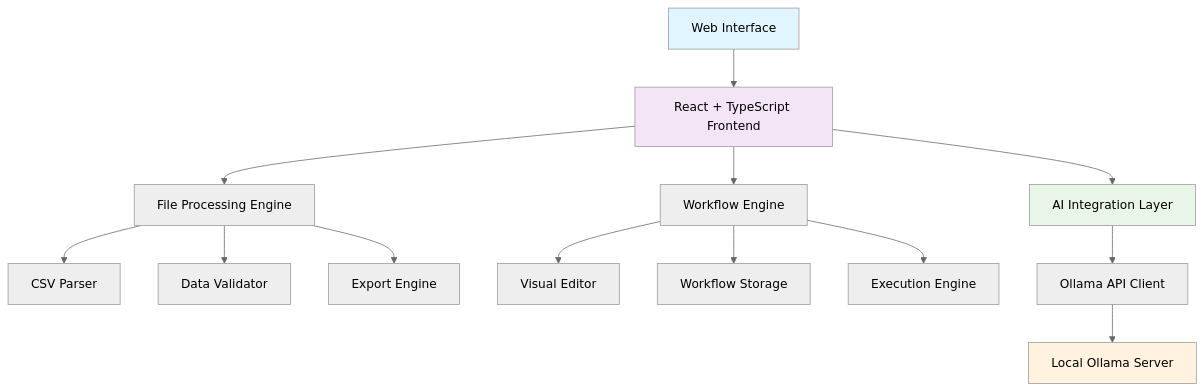
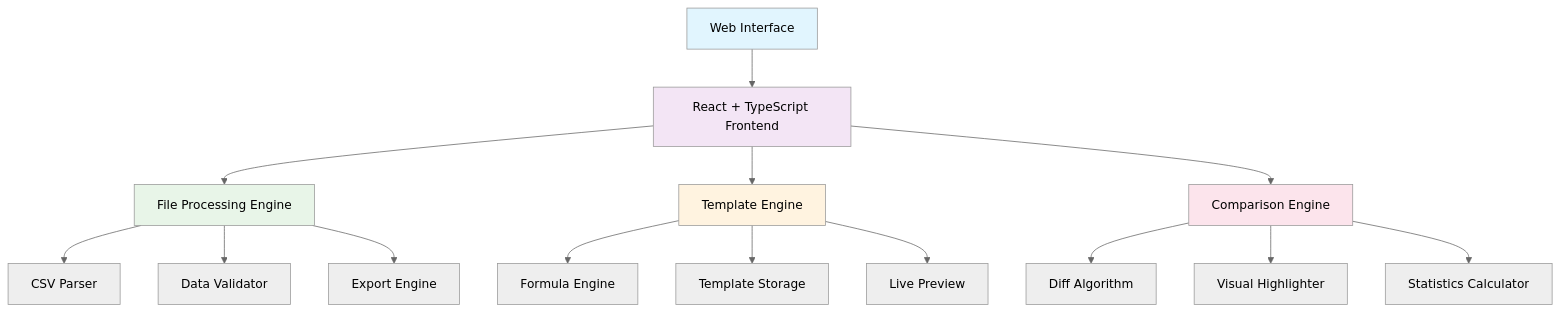
The diagram in README.md (jahartmann/ollama-flow), drawn with Mermaid (neutral theme) before and after one commit. The commit also changed other lines of this file and 5 other files, not shown here.

````diff
--- a/README.md
+++ b/README.md
@@ -35,23 +98,25 @@
 ```mermaid
 graph TB
     A[Web Interface] --> B[React + TypeScript Frontend]
     B --> C[File Processing Engine]
-    B --> D[Workflow Engine] 
-    B --> E[AI Integration Layer]
+    B --> D[Template Engine] 
+    B --> E[Comparison Engine]
     
     C --> F[CSV Parser]
     C --> G[Data Validator]
     C --> H[Export Engine]
     
-    D --> I[Visual Editor]
-    D --> J[Workflow Storage]
-    D --> K[Execution Engine]
+    D --> I[Formula Engine]
+    D --> J[Template Storage]
+    D --> K[Live Preview]
     
-    E --> L[Ollama API Client]
-    L --> M[Local Ollama Server]
+    E --> L[Diff Algorithm]
+    E --> M[Visual Highlighter]
+    E --> N[Statistics Calculator]
     
     style A fill:#e1f5fe
     style B fill:#f3e5f5
-    style E fill:#e8f5e8
-    style M fill:#fff3e0
+    style C fill:#e8f5e8
+    style D fill:#fff3e0
+    style E fill:#fce4ec
 ```
````
